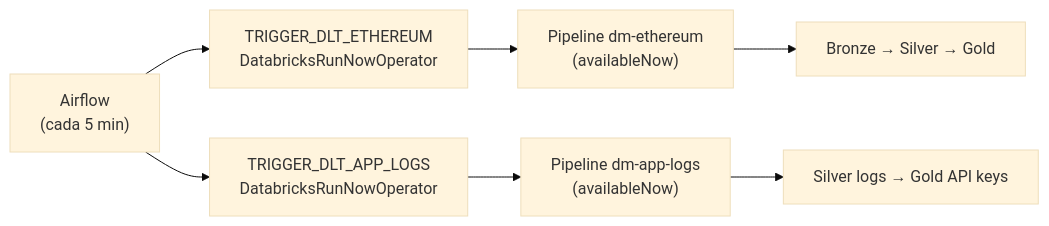
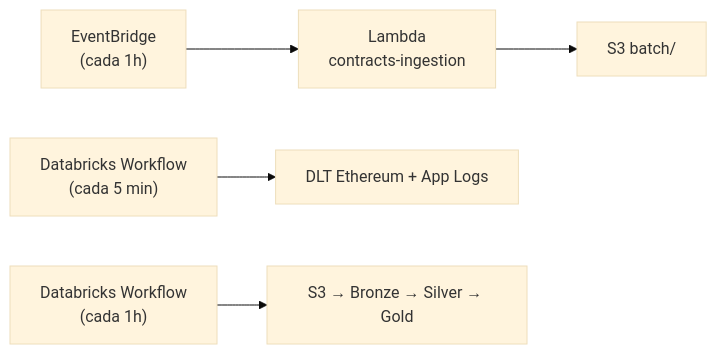
The third of 3 diagrams in docs/03_data_processing.md (marcoaureliomenezes/dd_chain_explorer), drawn with Mermaid (base theme) before and after one commit. The commit also changed other lines of this file and 8 other files, not shown here.

````diff
--- a/docs/03_data_processing.md
+++ b/docs/03_data_processing.md
@@ -297,11 +315,7 @@
 ```mermaid
 flowchart LR
-    A["Airflow<br/>(cada 5 min)"] --> B["TRIGGER_DLT_ETHEREUM<br/>DatabricksRunNowOperator"]
-    A --> C["TRIGGER_DLT_APP_LOGS<br/>DatabricksRunNowOperator"]
-
-    B --> D["Pipeline dm-ethereum<br/>(availableNow)"]
-    C --> E["Pipeline dm-app-logs<br/>(availableNow)"]
-
-    D --> F["Bronze → Silver → Gold"]
-    E --> G["Silver logs → Gold API keys"]
+    EB["EventBridge<br/>(cada 1h)"] --> LAMBDA["Lambda<br/>contracts-ingestion"]
+    LAMBDA --> S3["S3 batch/"]
+    DW["Databricks Workflow<br/>(cada 5 min)"] --> DLT["DLT Ethereum + App Logs"]
+    DW2["Databricks Workflow<br/>(cada 1h)"] --> PROC["S3 → Bronze → Silver → Gold"]
 ```
````
